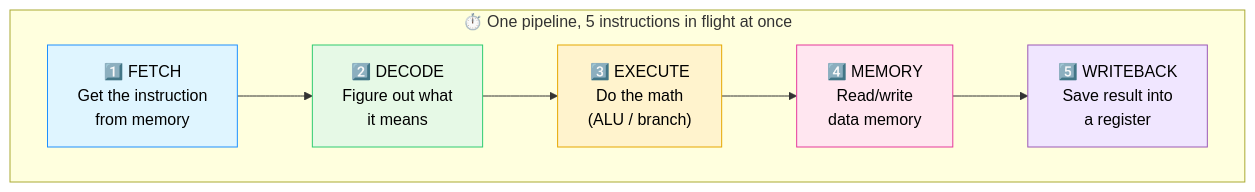
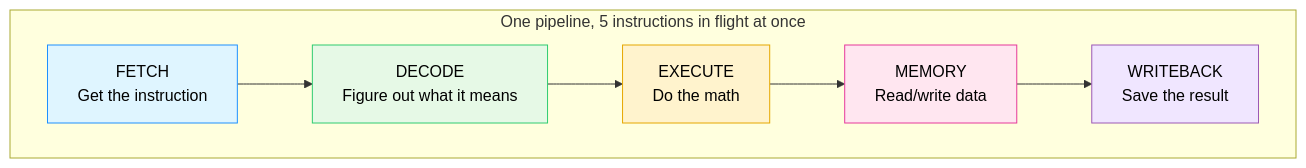
One commit to hjsanjana/rtl-design-practice changed the third of 30 diagrams in RISC-V/README.md. Above: the diagram before and after it, drawn with Mermaid. The commit also changed other lines of this file, not shown here.

````diff
--- a/RISC-V/README.md
+++ b/RISC-V/README.md
@@ -115,16 +86,16 @@
 ```mermaid
 flowchart LR
-    subgraph Cycle["⏱️ One pipeline, 5 instructions in flight at once"]
+    subgraph Cycle["One pipeline, 5 instructions in flight at once"]
         direction LR
-        IF["1️⃣ FETCH\nGet the instruction\nfrom memory"] --> ID["2️⃣ DECODE\nFigure out what\nit means"]
-        ID --> EX["3️⃣ EXECUTE\nDo the math\n(ALU / branch)"]
-        EX --> MEM["4️⃣ MEMORY\nRead/write\ndata memory"]
-        MEM --> WB["5️⃣ WRITEBACK\nSave result into\na register"]
+        IF["FETCH\nGet the instruction"] --> ID["DECODE\nFigure out what it means"]
+        ID --> EX["EXECUTE\nDo the math"]
+        EX --> MEM["MEMORY\nRead/write data"]
+        MEM --> WB["WRITEBACK\nSave the result"]
     end
 
     style IF fill:#dff5ff,stroke:#1e90ff,color:#000
     style ID fill:#e6f9e6,stroke:#2ecc71,color:#000
     style EX fill:#fff3cd,stroke:#e6a700,color:#000
     style MEM fill:#ffe6f0,stroke:#e6399b,color:#000
     style WB fill:#f0e6ff,stroke:#9b59b6,color:#000
 ```
````
